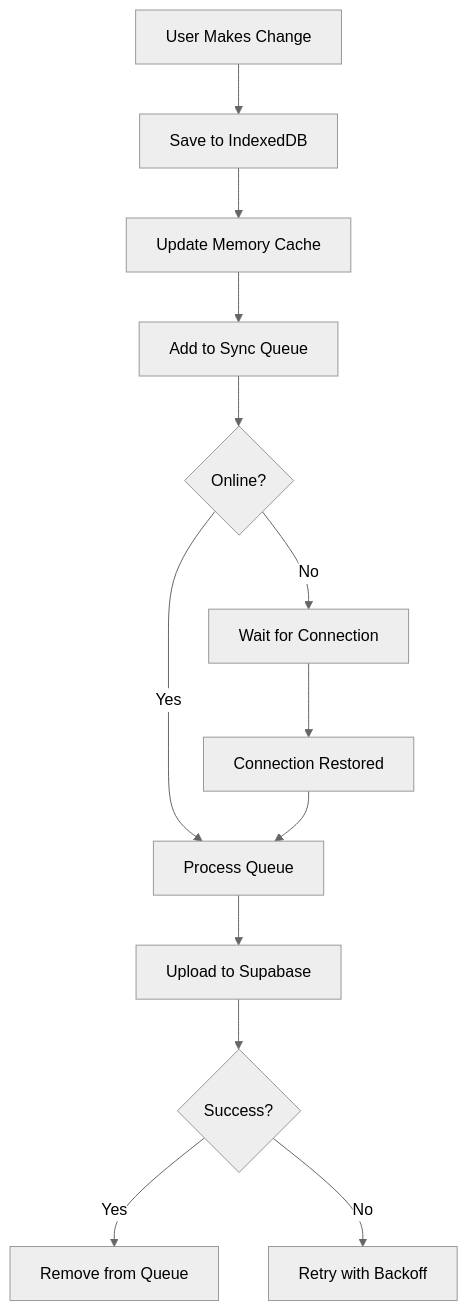
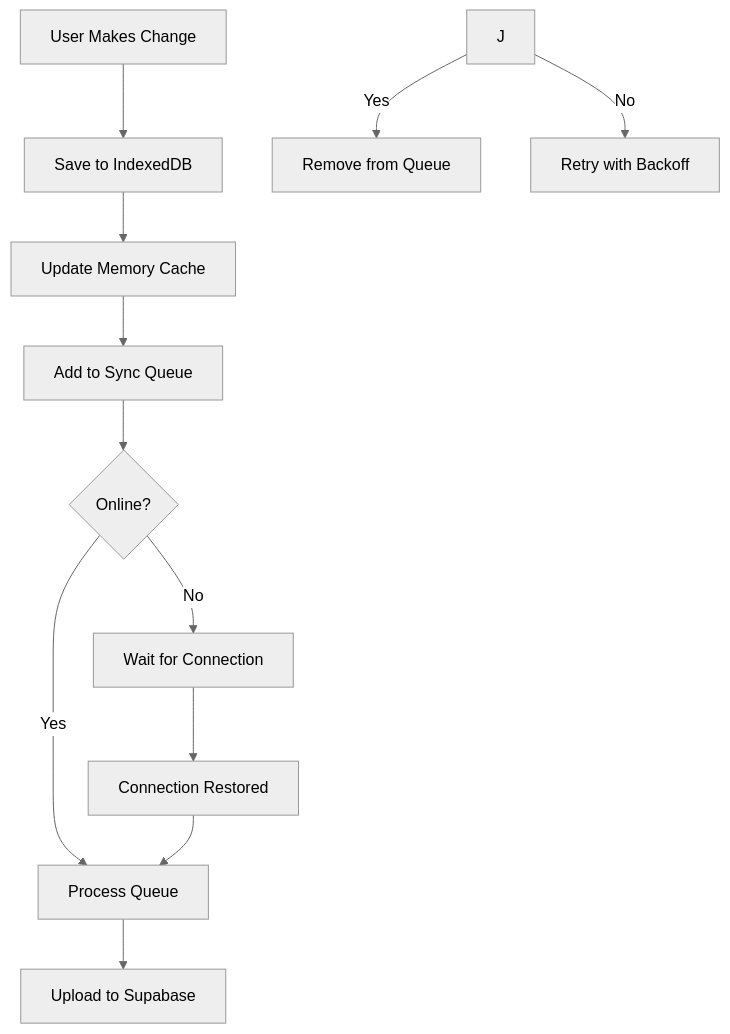
Before and after one commit to floridasonconsulting/quoteitai: the fourth of 4 diagrams in MASTERSYSTEMREFERENCE.md, drawn with Mermaid (neutral theme). The commit also changed other lines of this file and 3 other files, not shown here.

````diff
--- a/MASTERSYSTEMREFERENCE.md
+++ b/MASTERSYSTEMREFERENCE.md
@@ -367,15 +367,14 @@
 ```mermaid
 graph TD
     A[User Makes Change] --> B[Save to IndexedDB]
     B --> C[Update Memory Cache]
     C --> D[Add to Sync Queue]
     D --> E{Online?}
     E -->|Yes| F[Process Queue]
     E -->|No| G[Wait for Connection]
     G --> H[Connection Restored]
     H --> F
     F --> I[Upload to Supabase]
-    I --> J{Success?}
     J -->|Yes| K[Remove from Queue]
     J -->|No| L[Retry with Backoff]
 ```
````
